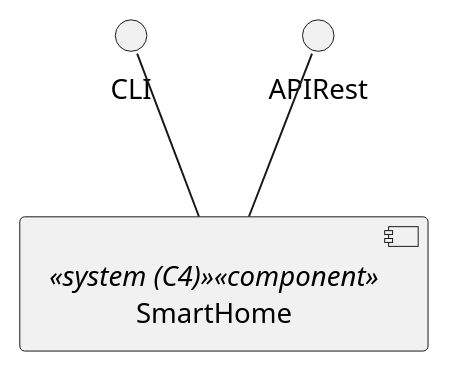
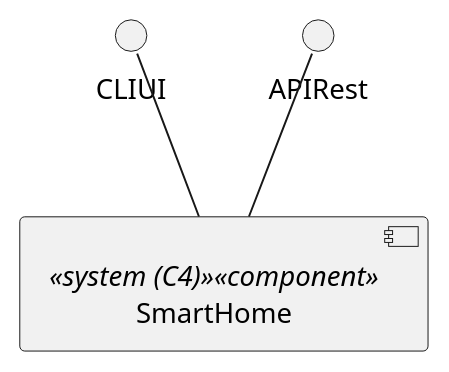
The diagram in docs/ooa/C4_4plus1_models/Level1/LogicalView/LogicalViewLevel1.puml (olivDiogo/SmartHome), drawn with PlantUML before and after one commit. The commit also changed 1 other file, not shown here.

Commit message:
docs: added level 2 Logical View diagram - #468

```diff
--- a/docs/ooa/C4_4plus1_models/Level1/LogicalView/LogicalViewLevel1.puml
+++ b/docs/ooa/C4_4plus1_models/Level1/LogicalView/LogicalViewLevel1.puml
@@ -1,10 +1,10 @@
 @startuml
 'https://plantuml.com/component-diagram
 
 [SmartHome] as SmartHome <<system (C4)>> <<component>>
 
-CLI -down- SmartHome
+CLIUI -down- SmartHome
 APIRest -down- SmartHome
 
 
 @enduml
```
